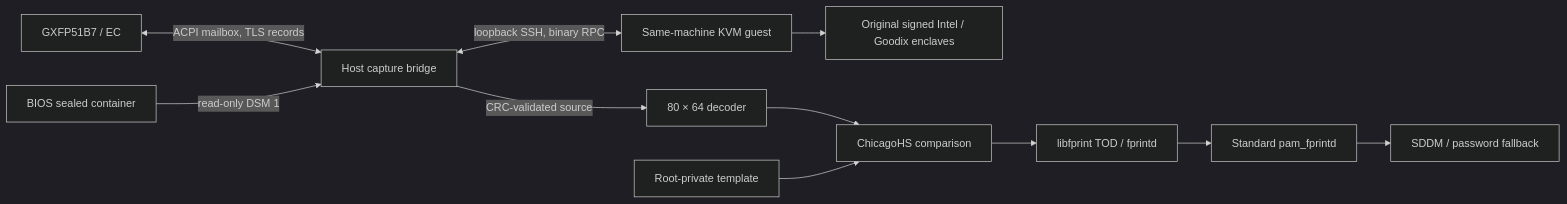
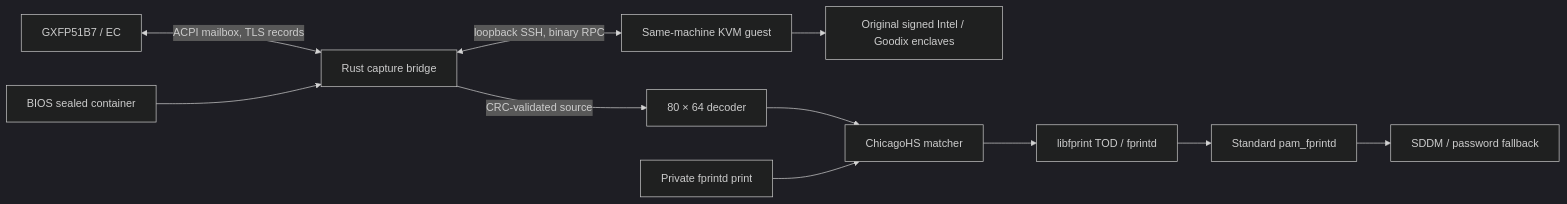
The diagram in docs/ARCHITECTURE.md (iMMIQ/gxfp51b7-linux), drawn with Mermaid (dark theme) before and after one commit. The commit also changed other lines of this file and 68 other files, not shown here.

Commit message:
Consolidate fprintd runtime and enforce Rust 1.99 quality checks

````diff
--- a/docs/ARCHITECTURE.md
+++ b/docs/ARCHITECTURE.md
@@ -5,13 +5,13 @@
 ```mermaid
 flowchart LR
-  S[GXFP51B7 / EC] <-->|ACPI mailbox, TLS records| H[Host capture bridge]
-  B[BIOS sealed container] -->|read-only DSM 1| H
+  S[GXFP51B7 / EC] <-->|ACPI mailbox, TLS records| H[Rust capture bridge]
+  B[BIOS sealed container] --> H
   H <-->|loopback SSH, binary RPC| G[Same-machine KVM guest]
   G --> E[Original signed Intel / Goodix enclaves]
   H -->|CRC-validated source| D[80 × 64 decoder]
-  D --> M[ChicagoHS comparison]
-  T[Root-private template] --> M
+  D --> M[ChicagoHS matcher]
+  T[Private fprintd print] --> M
   M --> F[libfprint TOD / fprintd]
   F --> P[Standard pam_fprintd]
   P --> L[SDDM / password fallback]
 ```
````
